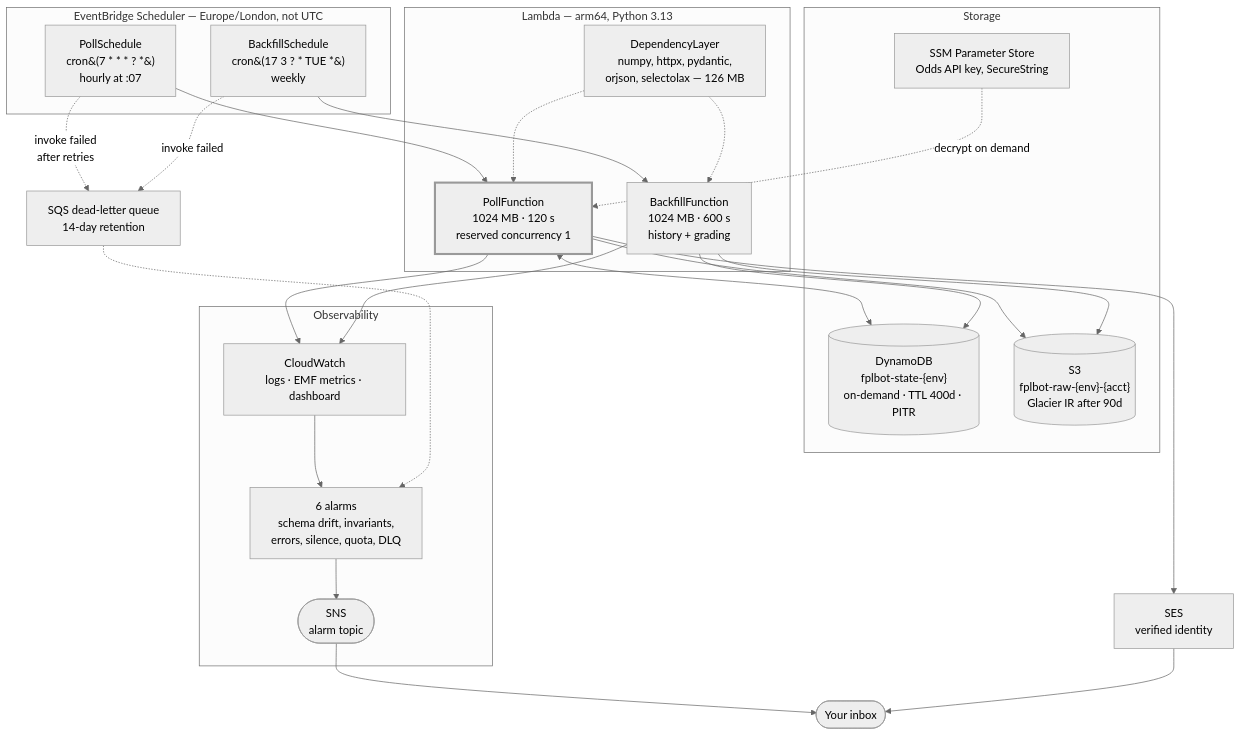
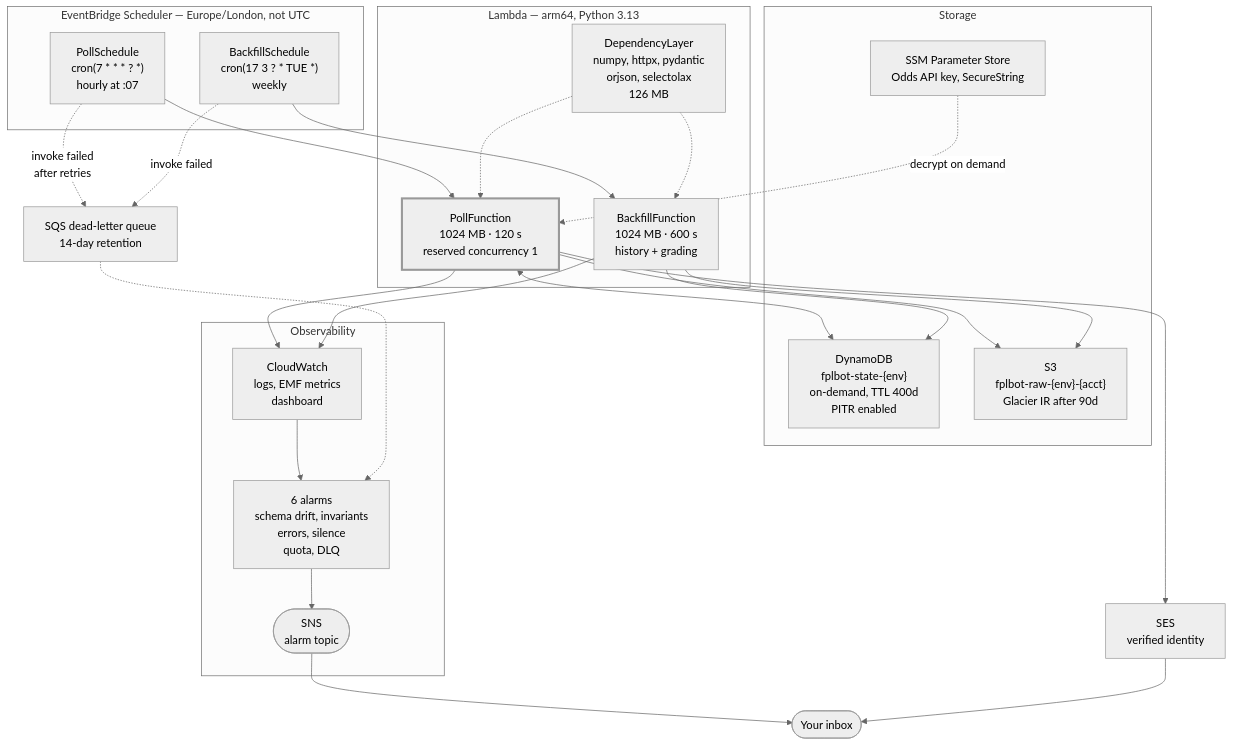
The sixth of 12 diagrams in docs/DIAGRAMS.md (MasonGallagher/FplBot), drawn with Mermaid (neutral theme) before and after one commit. The commit also changed other lines of this file, not shown here.

First paragraph of the commit message:
docs: fix the real cause of diagram text overflowing its shape
The previous attempt at this guessed at the cause and was wrong. Rendering the
diagrams through headless Chrome and looking at the output found two actual
faults, neither of which was the label markup I had blamed:

````diff
--- a/docs/DIAGRAMS.md
+++ b/docs/DIAGRAMS.md
@@ -188,49 +188,49 @@
 ```mermaid
 flowchart TB
     subgraph sched["EventBridge Scheduler — Europe/London, not UTC"]
-        S1["PollSchedule<br/>cron&#40;7 * * * ? *&#41;<br/>hourly at :07"]
-        S2["BackfillSchedule<br/>cron&#40;17 3 ? * TUE *&#41;<br/>weekly"]
+        S1["PollSchedule<br/>cron(7 * * * ? *)<br/>hourly at :07"]
+        S2["BackfillSchedule<br/>cron(17 3 ? * TUE *)<br/>weekly"]
     end
 
     subgraph compute["Lambda — arm64, Python 3.13"]
         F1["PollFunction<br/>1024 MB · 120 s<br/>reserved concurrency 1"]
         F2["BackfillFunction<br/>1024 MB · 600 s<br/>history + grading"]
-        LAYER["DependencyLayer<br/>numpy, httpx, pydantic,<br/>orjson, selectolax — 126 MB"]
+        LAYER["DependencyLayer<br/>numpy, httpx, pydantic<br/>orjson, selectolax<br/>126 MB"]
     end
 
     subgraph data["Storage"]
-        DDB[("DynamoDB<br/>fplbot-state-{env}<br/>on-demand · TTL 400d · PITR")]
-        S3B[("S3<br/>fplbot-raw-{env}-{acct}<br/>Glacier IR after 90d")]
+        DDB["DynamoDB<br/>fplbot-state-{env}<br/>on-demand, TTL 400d<br/>PITR enabled"]
+        S3B["S3<br/>fplbot-raw-{env}-{acct}<br/>Glacier IR after 90d"]
         SSM["SSM Parameter Store<br/>Odds API key, SecureString"]
     end
 
     subgraph obs["Observability"]
-        CW["CloudWatch<br/>logs · EMF metrics · dashboard"]
-        ALARMS["6 alarms<br/>schema drift, invariants,<br/>errors, silence, quota, DLQ"]
+        CW["CloudWatch<br/>logs, EMF metrics<br/>dashboard"]
+        ALARMS["6 alarms<br/>schema drift, invariants<br/>errors, silence<br/>quota, DLQ"]
         SNS(["SNS<br/>alarm topic"])
     end
 
     DLQ["SQS dead-letter queue<br/>14-day retention"]
     SES["SES<br/>verified identity"]
     INBOX(["Your inbox"])
 
     S1 --> F1
     S2 --> F2
     S1 -. "invoke failed<br/>after retries" .-> DLQ
     S2 -. "invoke failed" .-> DLQ
     LAYER -.-> F1
     LAYER -.-> F2
     F1 <--> DDB
     F2 --> DDB
     F1 --> S3B
     F2 --> S3B
     SSM -.->|"decrypt on demand"| F1
     F1 --> CW
     F2 --> CW
     CW --> ALARMS --> SNS --> INBOX
     DLQ -.-> ALARMS
     F1 --> SES --> INBOX
 
     classDef emphasis stroke-width:3px
     class F1 emphasis
 ```
````
